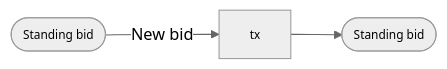
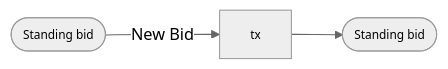
Before and after one commit to mlabs-haskell/hydra-auction: diagram 13 of 23 in docs/on_chain_spec.md, drawn with Mermaid (neutral theme). The commit also changed other lines of this file, not shown here.

````diff
--- a/docs/on_chain_spec.md
+++ b/docs/on_chain_spec.md
@@ -445,9 +857,8 @@
 ```mermaid
 flowchart LR
-  input1([Standing bid]) -- New bid --> tx
+  input1([Standing bid]) -- New Bid --> tx
   tx --> output1([Standing bid])
-  tx
 
   classDef default font-size:90%, overflow:visible;
   classDef reference stroke-dasharray: 5 5;
 ```
````
